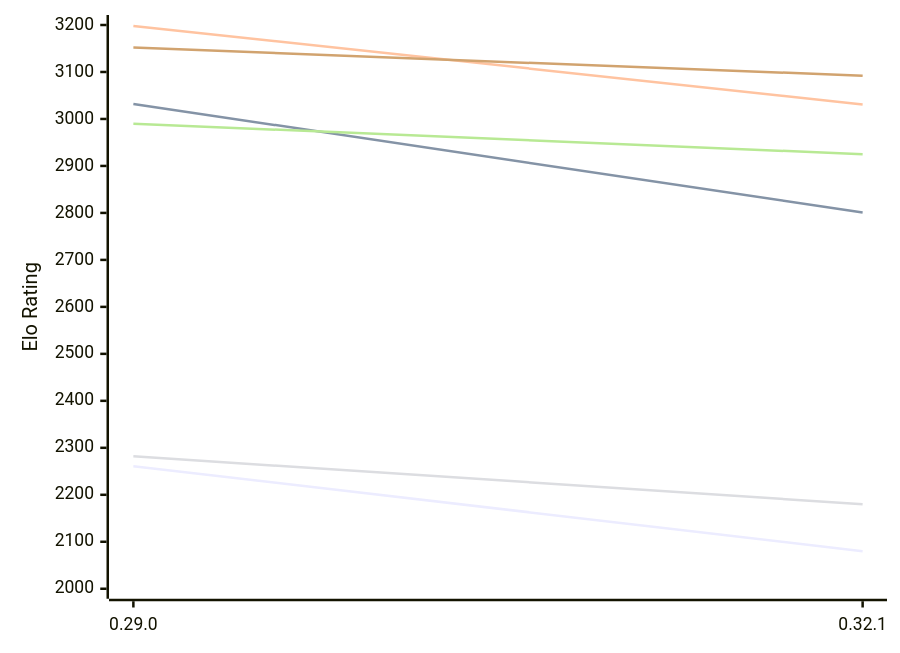
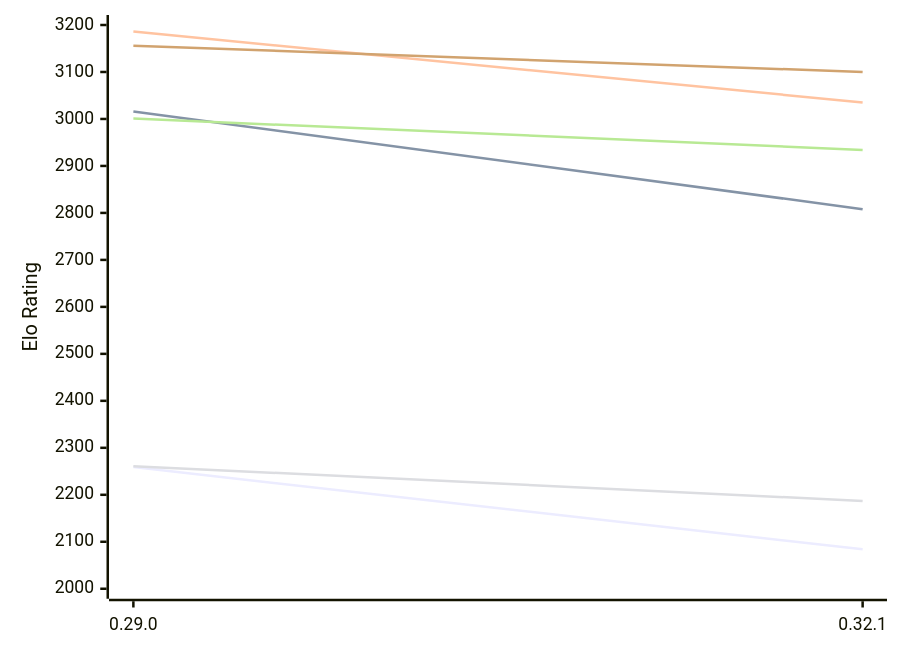
Before and after one commit to computer-chess-index/cci: the first of 2 diagrams in engines/Lc0.md, drawn with Mermaid. The commit also changed other lines of this file, not shown here.

Commit message:
Update CCI Ratings (ELO VLTC) - 2026-11-25

````diff
--- a/engines/Lc0.md
+++ b/engines/Lc0.md
@@ -50,12 +50,12 @@
 ```mermaid
 %%{init: {"theme":"base","themeVariables":{"seriesColors:['#a3a3a3','#222221','#faa371']}}}%%
 xychart-beta
   x-axis ["0.29.0", "0.32.1"]
   y-axis "Elo Rating" 2000 --> 3200
-  line "E1: STC (8.0+0.08s)" [2261, 2080]
-  line "E1: LTC (60.0+0.60s)" [3032, 2801]
-  line "E1: VLTC (2m24s+1.12s)" [3198, 3031]
-  line "P1: STC (8.0+0.08s)" [2282, 2180]
-  line "P1: LTC (60.0+0.60s)" [2990, 2925]
-  line "P1: VLTC (2m24s+1.12s)" [3152, 3092]
+  line "E1: STC (8.0+0.08s)" [2259, 2084]
+  line "E1: LTC (60.0+0.60s)" [3016, 2808]
+  line "E1: VLTC (2m24s+1.12s)" [3186, 3035]
+  line "P1: STC (8.0+0.08s)" [2261, 2187]
+  line "P1: LTC (60.0+0.60s)" [3001, 2934]
+  line "P1: VLTC (2m24s+1.12s)" [3156, 3100]
 ```
````
